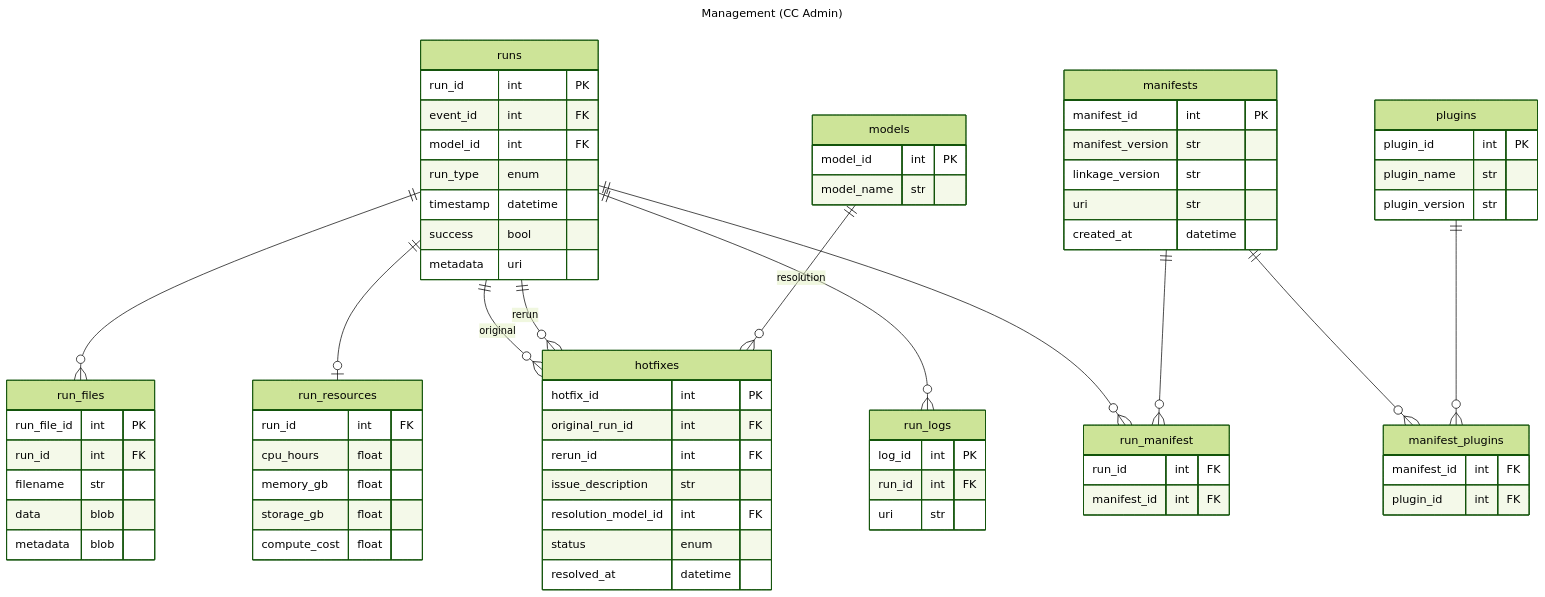
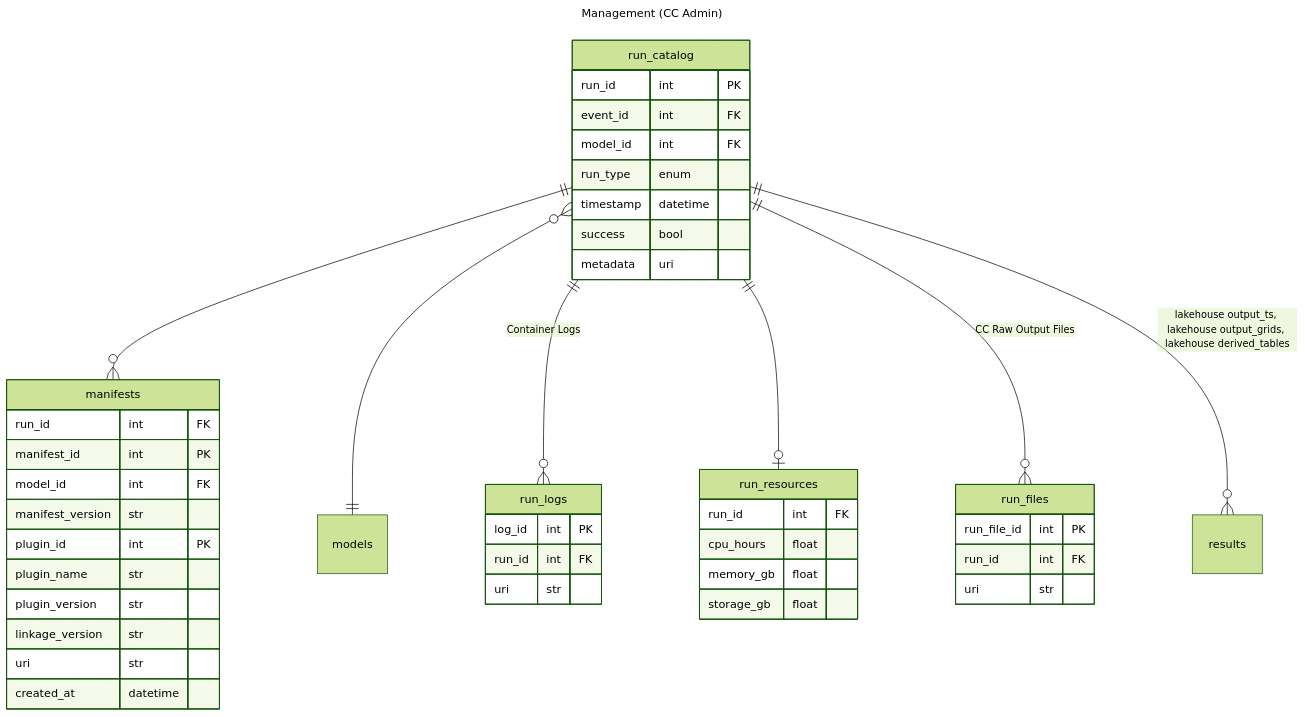
Before and after one commit to fema-ffrd/ffrd-data-model: the diagram in rdb/management.mmd, drawn with Mermaid (forest theme). The commit also changed 25 other files, not shown here.

```diff
--- a/rdb/management.mmd
+++ b/rdb/management.mmd
@@ -1,87 +1,58 @@
 ---
 title: Management (CC Admin)
 ---
 
 erDiagram
 
-    %% Story 1 - All Versions: manifest + plugin provenance per run
-    runs ||--o{ run_manifest : ""
-    manifests ||--o{ run_manifest : ""
-    manifests ||--o{ manifest_plugins : ""
-    plugins ||--o{ manifest_plugins : ""
-
-    %% Story 2 - Reliability and Performance: link run to cloud log
-    runs ||--o{ run_logs : ""
-
-    %% Story 3 - Re-runs and Hotfixes
-    runs ||--o{ hotfixes : "original"
-    runs ||--o{ hotfixes : "rerun"
-    models ||--o{ hotfixes : "resolution"
-
-    %% Story 4 - Resources and Cost Estimates
-    runs ||--o| run_resources : ""
+    run_catalog ||--o{ manifests : ""
+    run_catalog }o--|| models : ""
+    run_catalog ||--o{ run_logs : "Container Logs"
+    run_catalog ||--o| run_resources : ""
 
     %% Run artifact files
-    runs ||--o{ run_files : ""
+    run_catalog ||--o{ run_files : "CC Raw Output Files"
 
-    runs {
+    %% Lakehouse tables (Iceberg) linked to runs
+    run_catalog ||--o{ results : "lakehouse output_ts, lakehouse output_grids, lakehouse derived_tables"
+
+    run_catalog {
         run_id int PK
         event_id int FK
         model_id int FK
         run_type enum
         timestamp datetime
         success bool
         metadata uri
     }
-    models {
-        model_id int PK
-        model_name str
-    }
+
     manifests {
+        run_id int FK
         manifest_id int PK
+        model_id int FK
         manifest_version str
+        plugin_id int PK
+        plugin_name str
+        plugin_version str
         linkage_version str
         uri str
         created_at datetime
     }
-    plugins {
-        plugin_id int PK
-        plugin_name str
-        plugin_version str
-    }
-    manifest_plugins {
-        manifest_id int FK
-        plugin_id int FK
-    }
-    run_manifest {
-        run_id int FK
-        manifest_id int FK
-    }
+
     run_logs {
         log_id int PK
         run_id int FK
         uri str
     }
-    hotfixes {
-        hotfix_id int PK
-        original_run_id int FK
-        rerun_id int FK
-        issue_description str
-        resolution_model_id int FK
-        status enum
-        resolved_at datetime
-    }
+
     run_resources {
         run_id int FK
         cpu_hours float
         memory_gb float
         storage_gb float
-        compute_cost float
     }
+    
     run_files {
         run_file_id int PK
         run_id int FK
-        filename str
-        data blob
-        metadata blob
+        uri str
     }
```
